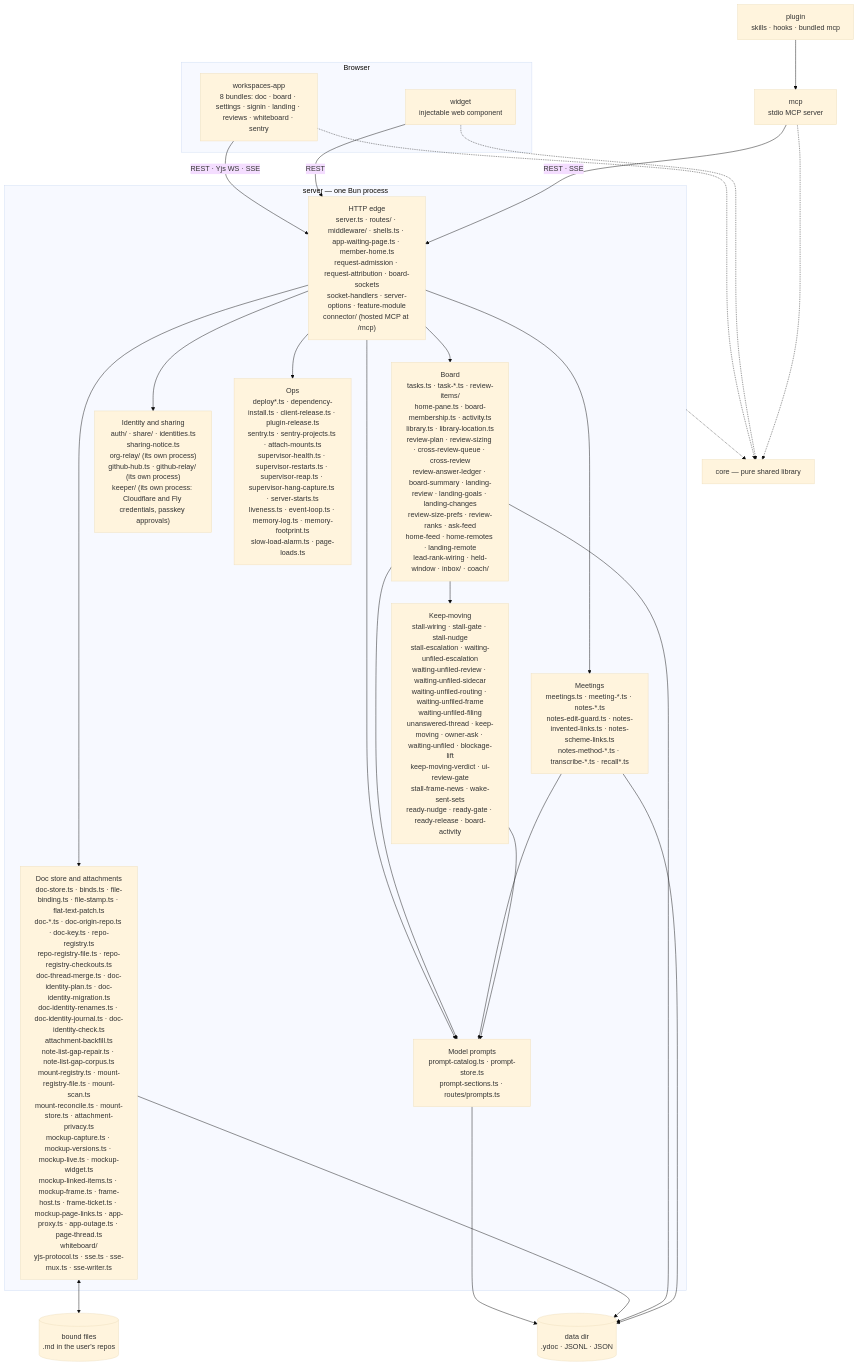
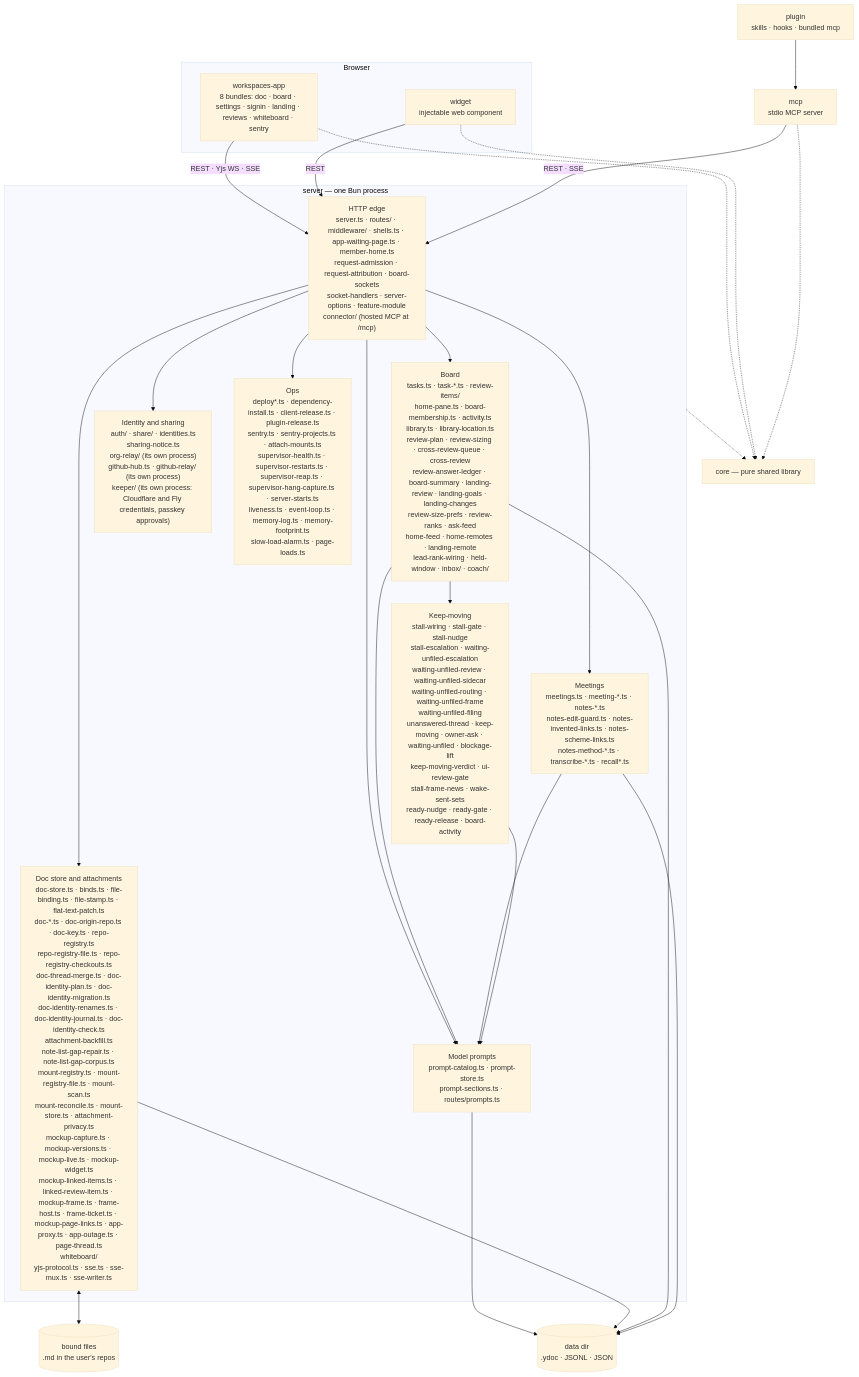
One commit to fryanpan/claude-workspaces-plugin changed the first of 2 diagrams in docs/architecture/overview.md. Above: the diagram before and after it, drawn with Mermaid (base theme). The commit also changed other lines of this file and 15 other files, not shown here.

````diff
--- a/docs/architecture/overview.md
+++ b/docs/architecture/overview.md
@@ -45,35 +45,35 @@
 ```mermaid
 flowchart TB
   subgraph browser[Browser]
     app["workspaces-app<br/>8 bundles: doc · board · settings · signin · landing · reviews · whiteboard · sentry"]
     wid["widget<br/>injectable web component"]
   end
   plug["plugin<br/>skills · hooks · bundled mcp"]
   mcp["mcp<br/>stdio MCP server"]
   subgraph srv["server — one Bun process"]
     edge["HTTP edge<br/>server.ts · routes/ · middleware/ · shells.ts · app-waiting-page.ts · member-home.ts<br/>request-admission · request-attribution · board-sockets<br/>socket-handlers · server-options · feature-module<br/>connector/ (hosted MCP at /mcp)"]
-    docs["Doc store and attachments<br/>doc-store.ts · binds.ts · file-binding.ts · file-stamp.ts · flat-text-patch.ts<br/>doc-*.ts · doc-origin-repo.ts · doc-key.ts · repo-registry.ts<br/>repo-registry-file.ts · repo-registry-checkouts.ts<br/>doc-thread-merge.ts · doc-identity-plan.ts · doc-identity-migration.ts<br/>doc-identity-renames.ts · doc-identity-journal.ts · doc-identity-check.ts<br/>attachment-backfill.ts<br/>note-list-gap-repair.ts · note-list-gap-corpus.ts<br/>mount-registry.ts · mount-registry-file.ts · mount-scan.ts<br/>mount-reconcile.ts · mount-store.ts · attachment-privacy.ts<br/>mockup-capture.ts · mockup-versions.ts · mockup-live.ts · mockup-widget.ts<br/>mockup-linked-items.ts · mockup-frame.ts · frame-host.ts · frame-ticket.ts · mockup-page-links.ts · app-proxy.ts · app-outage.ts · page-thread.ts<br/>whiteboard/<br/>yjs-protocol.ts · sse.ts · sse-mux.ts · sse-writer.ts"]
+    docs["Doc store and attachments<br/>doc-store.ts · binds.ts · file-binding.ts · file-stamp.ts · flat-text-patch.ts<br/>doc-*.ts · doc-origin-repo.ts · doc-key.ts · repo-registry.ts<br/>repo-registry-file.ts · repo-registry-checkouts.ts<br/>doc-thread-merge.ts · doc-identity-plan.ts · doc-identity-migration.ts<br/>doc-identity-renames.ts · doc-identity-journal.ts · doc-identity-check.ts<br/>attachment-backfill.ts<br/>note-list-gap-repair.ts · note-list-gap-corpus.ts<br/>mount-registry.ts · mount-registry-file.ts · mount-scan.ts<br/>mount-reconcile.ts · mount-store.ts · attachment-privacy.ts<br/>mockup-capture.ts · mockup-versions.ts · mockup-live.ts · mockup-widget.ts<br/>mockup-linked-items.ts · linked-review-item.ts · mockup-frame.ts · frame-host.ts · frame-ticket.ts · mockup-page-links.ts · app-proxy.ts · app-outage.ts · page-thread.ts<br/>whiteboard/<br/>yjs-protocol.ts · sse.ts · sse-mux.ts · sse-writer.ts"]
     board["Board<br/>tasks.ts · task-*.ts · review-items/<br/>home-pane.ts · board-membership.ts · activity.ts<br/>library.ts · library-location.ts<br/>review-plan · review-sizing · cross-review-queue · cross-review<br/>review-answer-ledger · board-summary · landing-review · landing-goals · landing-changes<br/>review-size-prefs · review-ranks · ask-feed<br/>home-feed · home-remotes · landing-remote<br/>lead-rank-wiring · held-window · inbox/ · coach/"]
     meet["Meetings<br/>meetings.ts · meeting-*.ts · notes-*.ts<br/>notes-edit-guard.ts · notes-invented-links.ts · notes-scheme-links.ts<br/>notes-method-*.ts · transcribe-*.ts · recall*.ts"]
     keep["Keep-moving<br/>stall-wiring · stall-gate · stall-nudge<br/>stall-escalation · waiting-unfiled-escalation<br/>waiting-unfiled-review · waiting-unfiled-sidecar<br/>waiting-unfiled-routing · waiting-unfiled-frame<br/>waiting-unfiled-filing<br/>unanswered-thread · keep-moving · owner-ask · waiting-unfiled · blockage-lift<br/>keep-moving-verdict · ui-review-gate<br/>stall-frame-news · wake-sent-sets<br/>ready-nudge · ready-gate · ready-release · board-activity"]
     ident["Identity and sharing<br/>auth/ · share/ · identities.ts<br/>sharing-notice.ts<br/>org-relay/ (its own process)<br/>github-hub.ts · github-relay/ (its own process)<br/>keeper/ (its own process: Cloudflare and Fly credentials, passkey approvals)"]
     prompts["Model prompts<br/>prompt-catalog.ts · prompt-store.ts<br/>prompt-sections.ts · routes/prompts.ts"]
     ops["Ops<br/>deploy*.ts · dependency-install.ts · client-release.ts · plugin-release.ts<br/>sentry.ts · sentry-projects.ts · attach-mounts.ts<br/>supervisor-health.ts · supervisor-restarts.ts · supervisor-reap.ts · supervisor-hang-capture.ts · server-starts.ts<br/>liveness.ts · event-loop.ts · memory-log.ts · memory-footprint.ts<br/>slow-load-alarm.ts · page-loads.ts"]
   end
   core["core — pure shared library"]
   disk[("data dir<br/>.ydoc · JSONL · JSON")]
   files[("bound files<br/>.md in the user's repos")]
 
   app -->|"REST · Yjs WS · SSE"| edge
   wid -->|REST| edge
   plug --> mcp
   mcp -->|"REST · SSE"| edge
   edge --> docs & board & meet & ident & ops & prompts
   board & meet & keep --> prompts
   prompts --> disk
   board --> keep
   docs <--> files
   docs & board & meet --> disk
   app & wid & mcp -.-> core
   srv -.-> core
 ```
````
